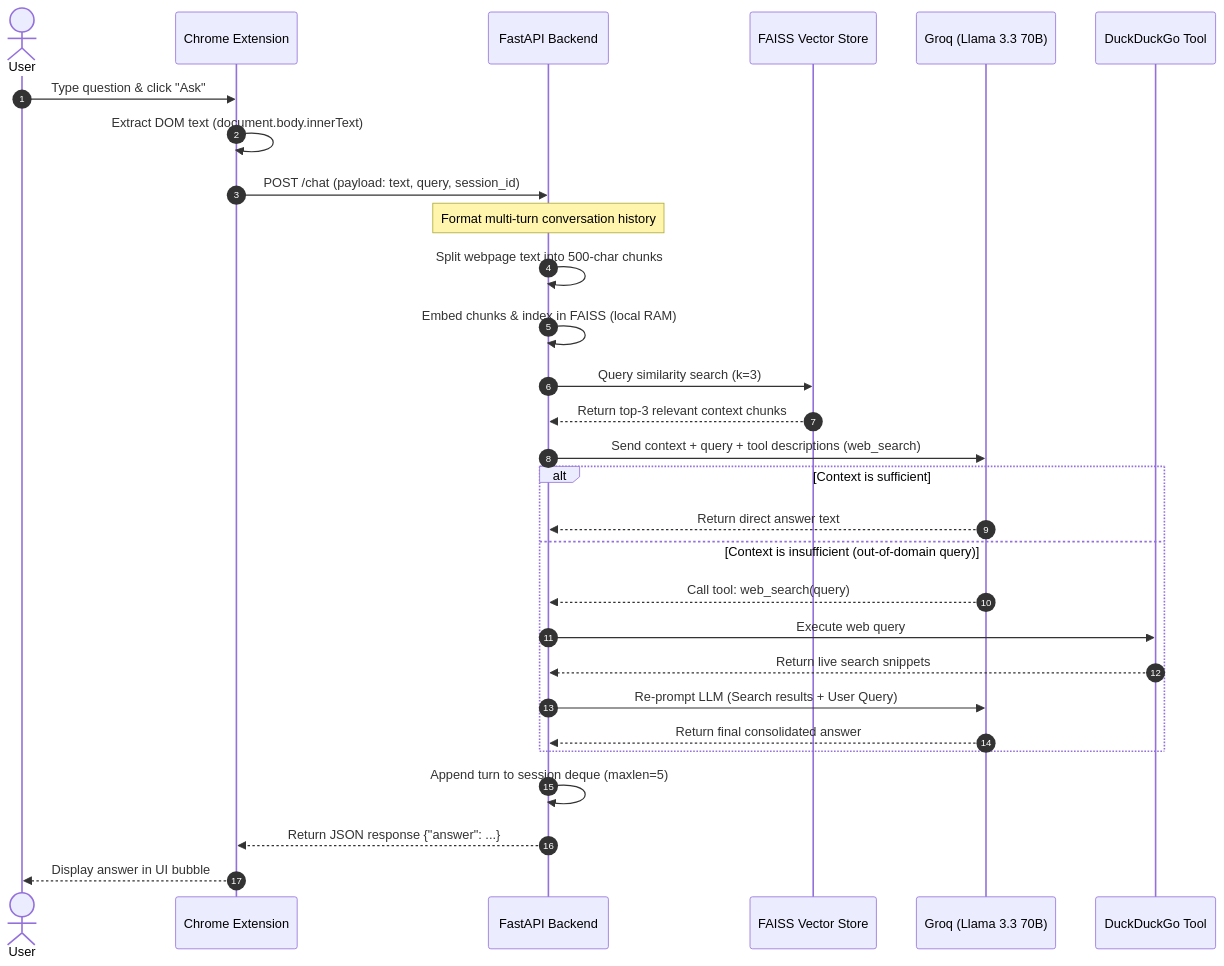
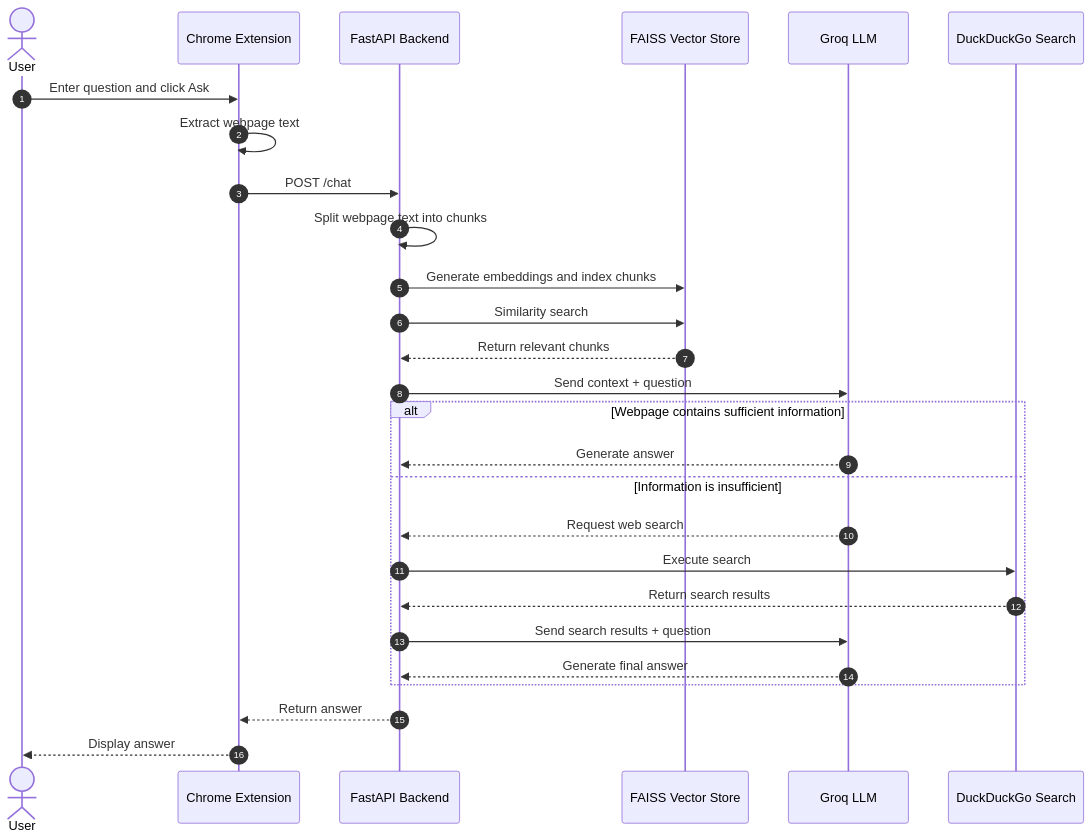
Before and after one commit to Shubhoo22/PageSense: the diagram in README.md, drawn with Mermaid. The commit also changed other lines of this file, not shown here.

````diff
--- a/README.md
+++ b/README.md
@@ -14,34 +21,32 @@
 ```mermaid
 sequenceDiagram
     autonumber
     actor User
     participant Ext as Chrome Extension
     participant API as FastAPI Backend
-    participant DB as FAISS Vector Store
-    participant LLM as Groq (Llama 3.3 70B)
-    participant Search as DuckDuckGo Tool
+    participant FAISS as FAISS Vector Store
+    participant LLM as Groq LLM
+    participant Search as DuckDuckGo Search
 
-    User->>Ext: Type question & click "Ask"
-    Ext->>Ext: Extract DOM text (document.body.innerText)
-    Ext->>API: POST /chat (payload: text, query, session_id)
-    Note over API: Format multi-turn conversation history
-    API->>API: Split webpage text into 500-char chunks
-    API->>API: Embed chunks & index in FAISS (local RAM)
-    API->>DB: Query similarity search (k=3)
-    DB-->>API: Return top-3 relevant context chunks
-    API->>LLM: Send context + query + tool descriptions (web_search)
-    
-    alt Context is sufficient
-        LLM-->>API: Return direct answer text
-    else Context is insufficient (out-of-domain query)
-        LLM-->>API: Call tool: web_search(query)
-        API->>Search: Execute web query
-        Search-->>API: Return live search snippets
-        API->>LLM: Re-prompt LLM (Search results + User Query)
-        LLM-->>API: Return final consolidated answer
+    User->>Ext: Enter question and click Ask
+    Ext->>Ext: Extract webpage text
+    Ext->>API: POST /chat
+    API->>API: Split webpage text into chunks
+    API->>FAISS: Generate embeddings and index chunks
+    API->>FAISS: Similarity search
+    FAISS-->>API: Return relevant chunks
+    API->>LLM: Send context + question
+
+    alt Webpage contains sufficient information
+        LLM-->>API: Generate answer
+    else Information is insufficient
+        LLM-->>API: Request web search
+        API->>Search: Execute search
+        Search-->>API: Return search results
+        API->>LLM: Send search results + question
+        LLM-->>API: Generate final answer
     end
 
-    API->>API: Append turn to session deque (maxlen=5)
-    API-->>Ext: Return JSON response {"answer": ...}
-    Ext-->>User: Display answer in UI bubble
+    API-->>Ext: Return answer
+    Ext-->>User: Display answer
 ```
````
